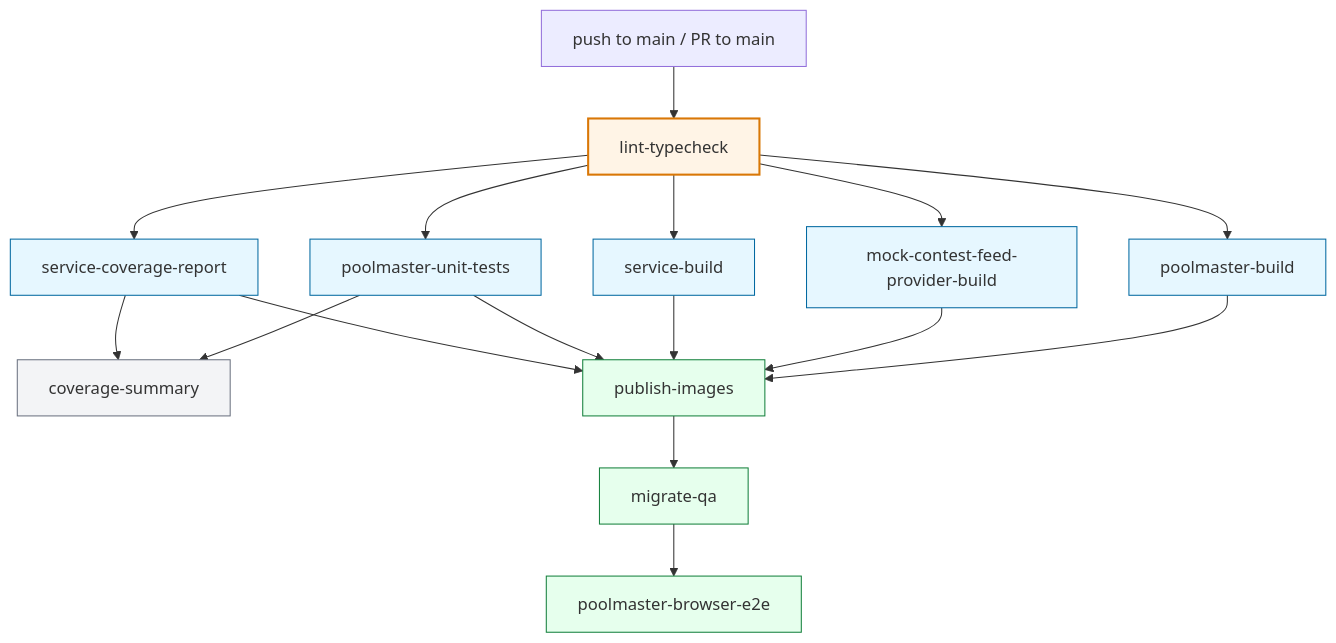
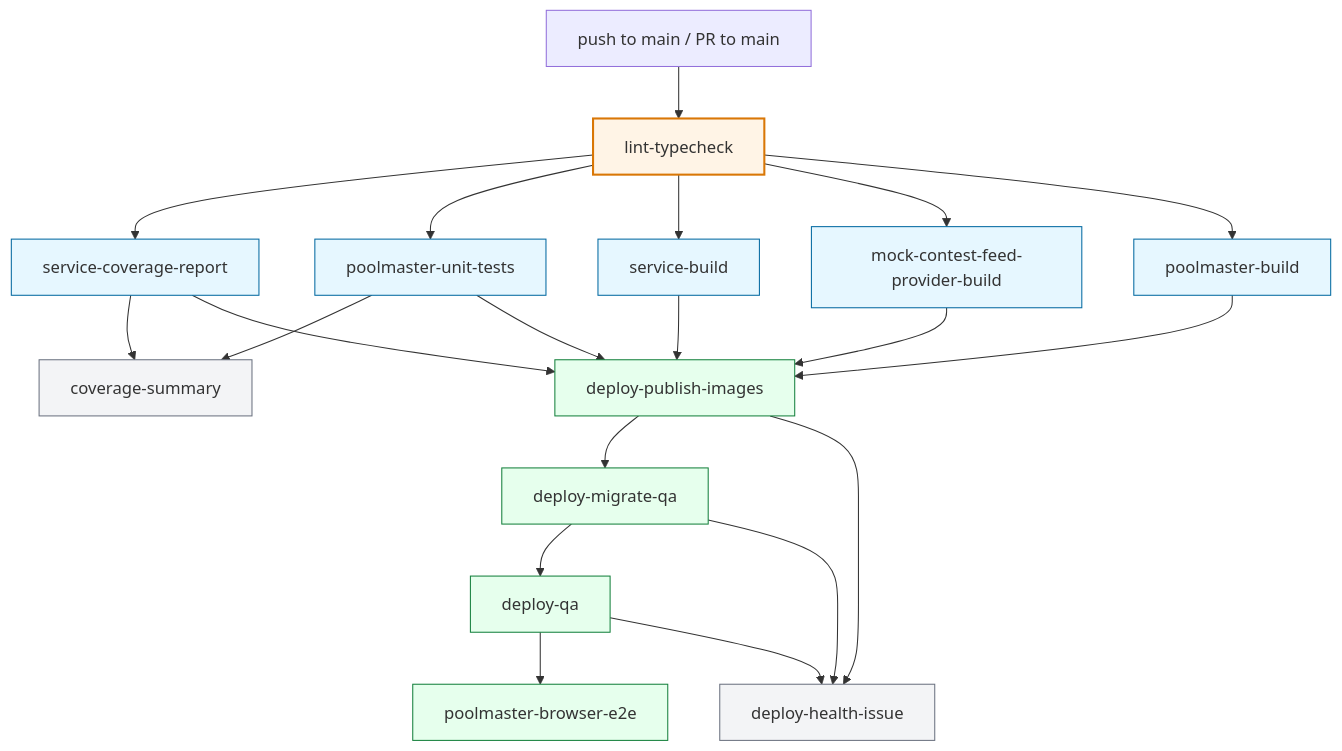
Before and after one commit to derek-dorazio/pool-master: the first of 2 diagrams in docs/CI-AND-QUALITY-GATES.md, drawn with Mermaid. The commit also changed other lines of this file and 7 other files, not shown here.

````diff
--- a/docs/CI-AND-QUALITY-GATES.md
+++ b/docs/CI-AND-QUALITY-GATES.md
@@ -128,32 +129,36 @@
 ```mermaid
 flowchart TD
   T[push to main / PR to main] --> LT[lint-typecheck]
 
   LT --> SC[service-coverage-report]
   LT --> PU[poolmaster-unit-tests]
   LT --> SB[service-build]
   LT --> MB[mock-contest-feed-provider-build]
   LT --> PB[poolmaster-build]
 
   SC --> CS[coverage-summary]
   PU --> CS
 
-  SC --> PI[publish-images]
+  SC --> PI[deploy-publish-images]
   PU --> PI
   SB --> PI
   MB --> PI
   PB --> PI
 
-  PI --> MQ[migrate-qa]
-  MQ --> E2E[poolmaster-browser-e2e]
+  PI --> MQ[deploy-migrate-qa]
+  MQ --> DQ[deploy-qa]
+  DQ --> E2E[poolmaster-browser-e2e]
+  PI --> DH[deploy-health-issue]
+  MQ --> DH
+  DQ --> DH
 
   classDef gate fill:#fff4e6,stroke:#d97706,stroke-width:2px
   classDef test fill:#e6f7ff,stroke:#0369a1
   classDef deploy fill:#e6ffed,stroke:#15803d
   classDef report fill:#f3f4f6,stroke:#6b7280
 
   class LT gate
   class SC,PU,SB,MB,PB test
-  class PI,MQ,E2E deploy
-  class CS report
+  class PI,MQ,DQ,E2E deploy
+  class CS,DH report
 ```
````
